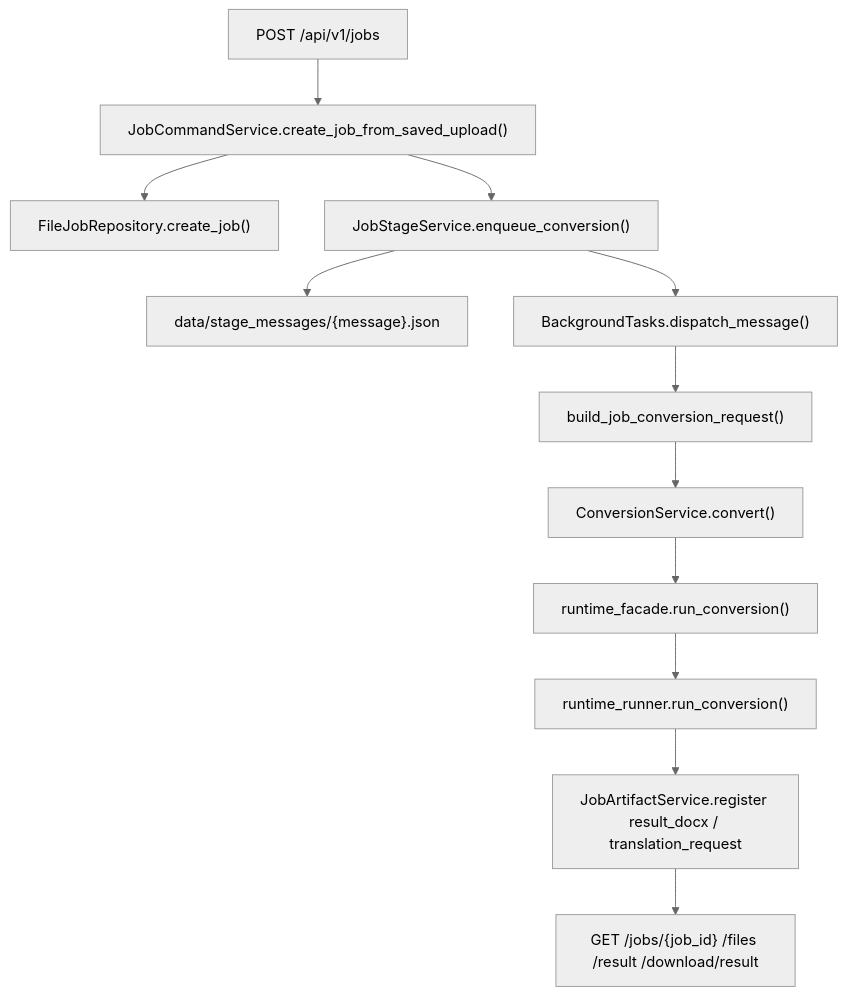
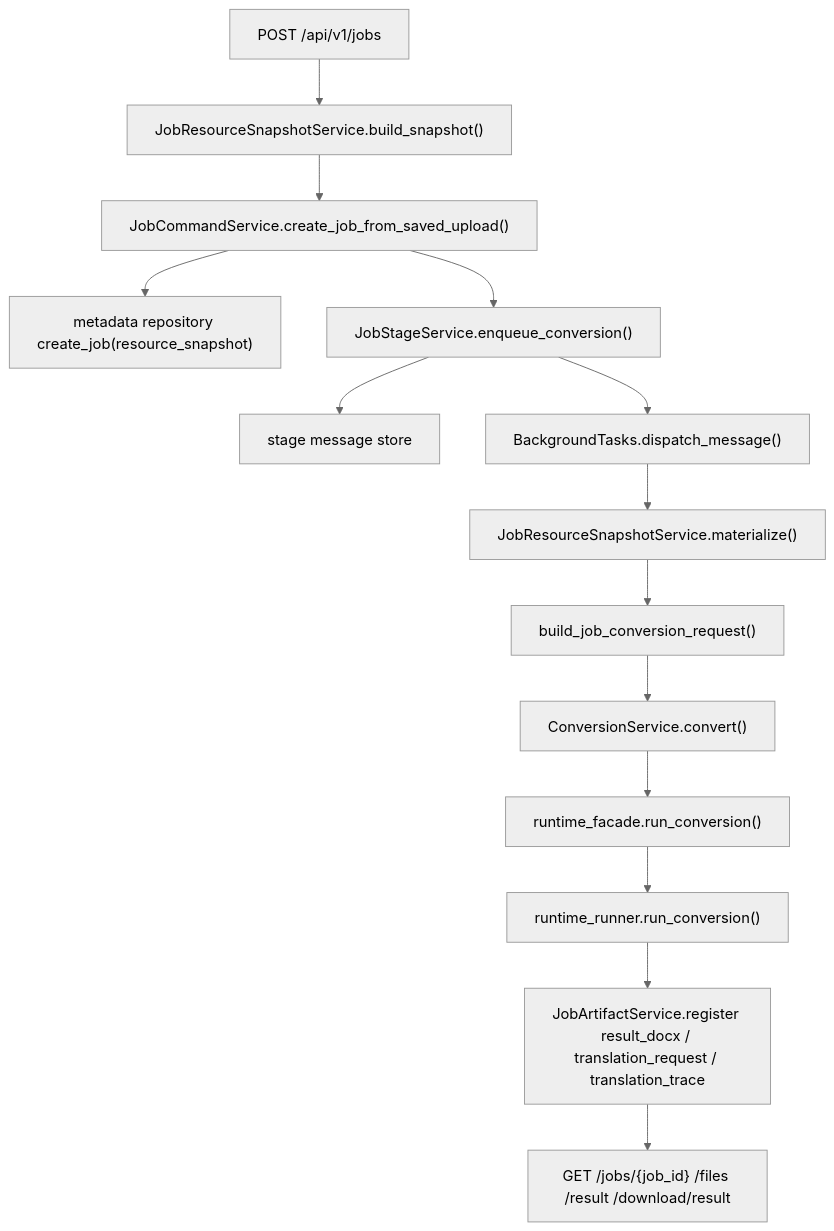
Before and after one commit to ccisnoxx/md2word: the first of 9 diagrams in .codestable/architecture/backend-fastapi-service.md, drawn with Mermaid (neutral theme). The commit also changed other lines of this file and 176 other files, not shown here.

````diff
--- a/.codestable/architecture/backend-fastapi-service.md
+++ b/.codestable/architecture/backend-fastapi-service.md
@@ -61,14 +96,16 @@
 ```mermaid
 flowchart TD
-    A["POST /api/v1/jobs"] --> B["JobCommandService.create_job_from_saved_upload()"]
-    B --> C["FileJobRepository.create_job()"]
-    B --> D["JobStageService.enqueue_conversion()"]
-    D --> E["data/stage_messages/{message}.json"]
-    D --> F["BackgroundTasks.dispatch_message()"]
-    F --> G["build_job_conversion_request()"]
-    G --> H["ConversionService.convert()"]
-    H --> I["runtime_facade.run_conversion()"]
-    I --> J["runtime_runner.run_conversion()"]
-    J --> K["JobArtifactService.register result_docx / translation_request"]
-    K --> L["GET /jobs/{job_id} /files /result /download/result"]
+    A["POST /api/v1/jobs"] --> B["JobResourceSnapshotService.build_snapshot()"]
+    B --> C["JobCommandService.create_job_from_saved_upload()"]
+    C --> D["metadata repository create_job(resource_snapshot)"]
+    C --> E["JobStageService.enqueue_conversion()"]
+    E --> F["stage message store"]
+    E --> G["BackgroundTasks.dispatch_message()"]
+    G --> H["JobResourceSnapshotService.materialize()"]
+    H --> I["build_job_conversion_request()"]
+    I --> J["ConversionService.convert()"]
+    J --> K["runtime_facade.run_conversion()"]
+    K --> L["runtime_runner.run_conversion()"]
+    L --> M["JobArtifactService.register result_docx / translation_request / translation_trace"]
+    M --> N["GET /jobs/{job_id} /files /result /download/result"]
 ```
````
